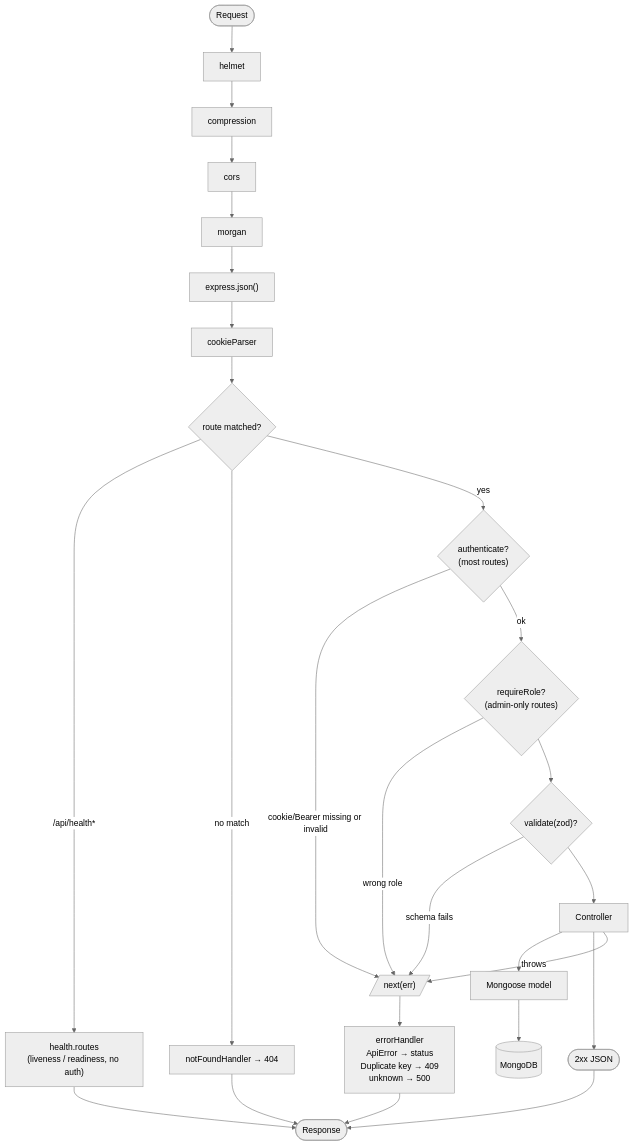
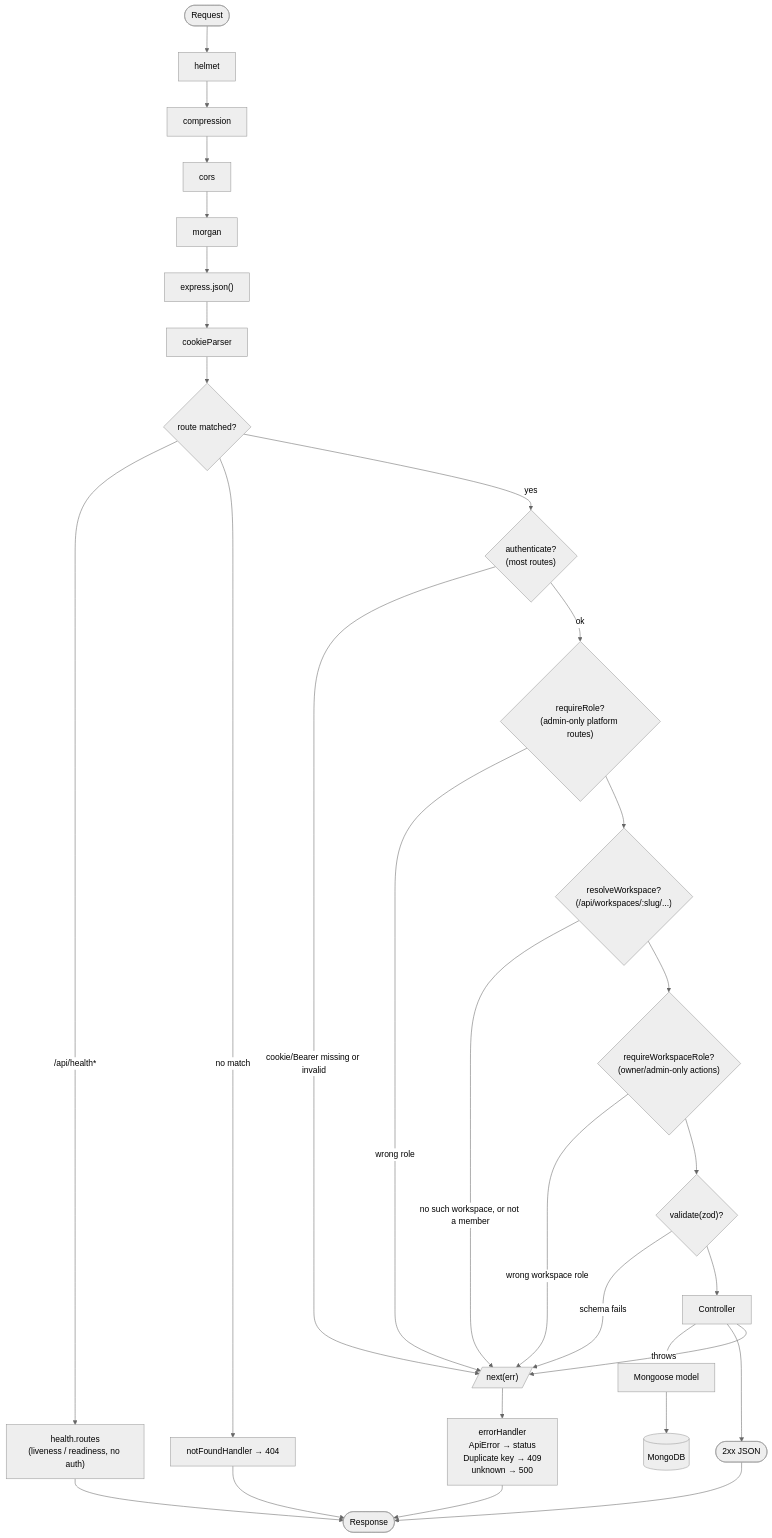
Before and after one commit to lahiru1115/TaskForge: the second of 2 diagrams in docs/ARCHITECTURE.md, drawn with Mermaid (neutral theme). The commit also changed other lines of this file and 18 other files, not shown here.

Commit message:
feat: implement workspace-based multi-tenancy and update API routes

````diff
--- a/docs/ARCHITECTURE.md
+++ b/docs/ARCHITECTURE.md
@@ -18,18 +18,22 @@
 ```mermaid
 flowchart TD
     Req([Request]) --> Helmet[helmet] --> Compression[compression] --> CORS[cors] --> Morgan[morgan] --> Json["express.json()"] --> Cookie[cookieParser]
     Cookie --> Router{route matched?}
     Router -- "/api/health*" --> Health["health.routes\n(liveness / readiness, no auth)"] --> Res([Response])
     Router -- no match --> NotFound[notFoundHandler → 404] --> Res
     Router -- yes --> Auth{"authenticate?\n(most routes)"}
     Auth -- "cookie/Bearer missing or invalid" --> Err
-    Auth -- ok --> Role{"requireRole?\n(admin-only routes)"}
+    Auth -- ok --> Role{"requireRole?\n(admin-only platform routes)"}
     Role -- "wrong role" --> Err
-    Role --> Validate{"validate(zod)?"}
+    Role --> Workspace{"resolveWorkspace?\n(/api/workspaces/:slug/...)"}
+    Workspace -- "no such workspace, or not a member" --> Err
+    Workspace --> WsRole{"requireWorkspaceRole?\n(owner/admin-only actions)"}
+    WsRole -- "wrong workspace role" --> Err
+    WsRole --> Validate{"validate(zod)?"}
     Validate -- "schema fails" --> Err
     Validate --> Controller[Controller] --> Model["Mongoose model"] --> DB[(MongoDB)]
     Controller --> Success([2xx JSON])
     Controller -- throws --> Err
     Err[/"next(err)"/] --> ErrorHandler["errorHandler\nApiError → status\nDuplicate key → 409\nunknown → 500"] --> Res
     Success --> Res
 ```
````
